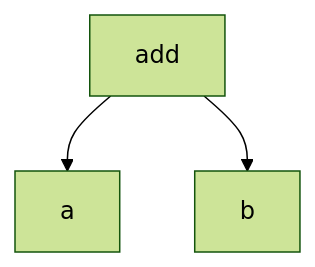
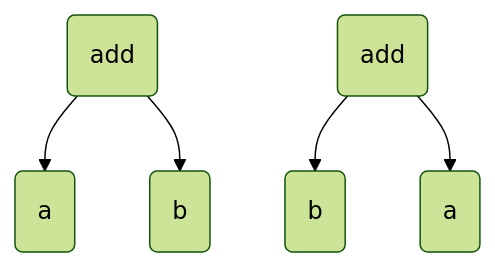
Before and after one commit to pengvyn/kavpix-code: the fourth of 35 diagrams in src/essays/number-tree/essay.md, drawn with Mermaid (forest theme). The commit also changed other lines of this file and 1 other file, not shown here.

````diff
--- a/src/essays/number-tree/essay.md
+++ b/src/essays/number-tree/essay.md
@@ -45,5 +45,8 @@
 ```mermaid
     graph TD;
-        add --> a;
-        add --> b;
+        add(add) --> a(a);
+        add --> b(b);
+
+        add2(add) --> b2(b)
+        add2 --> a2(a)
 ```
````
